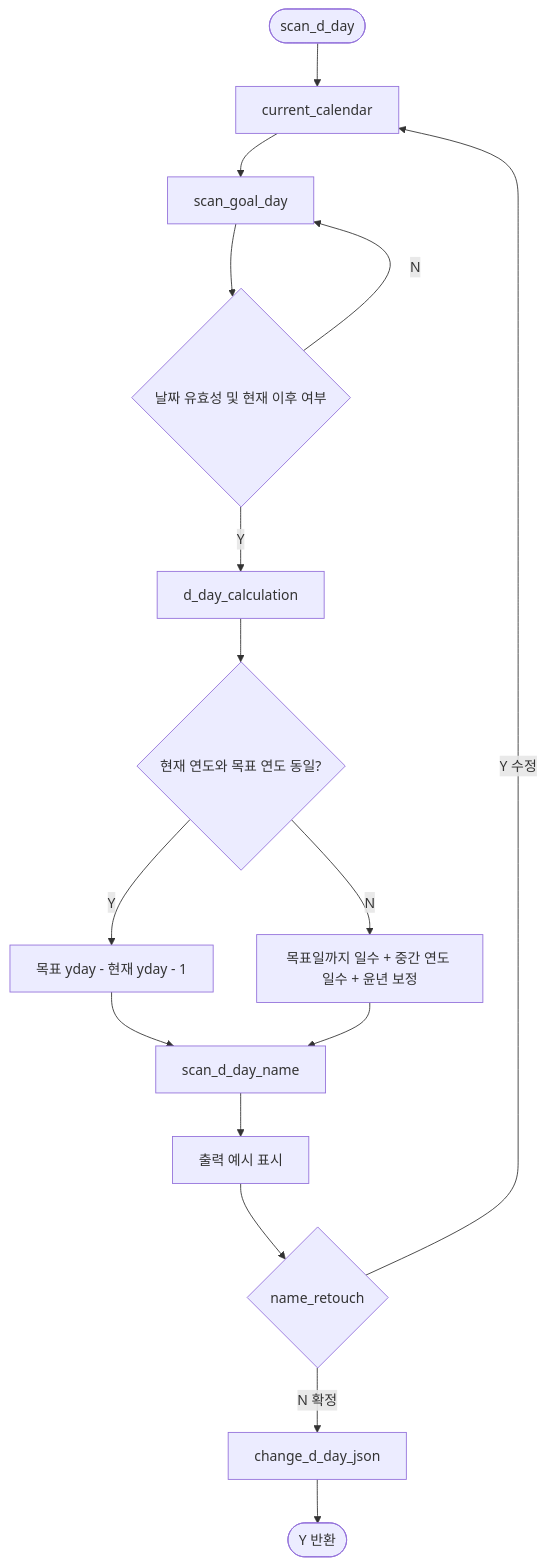
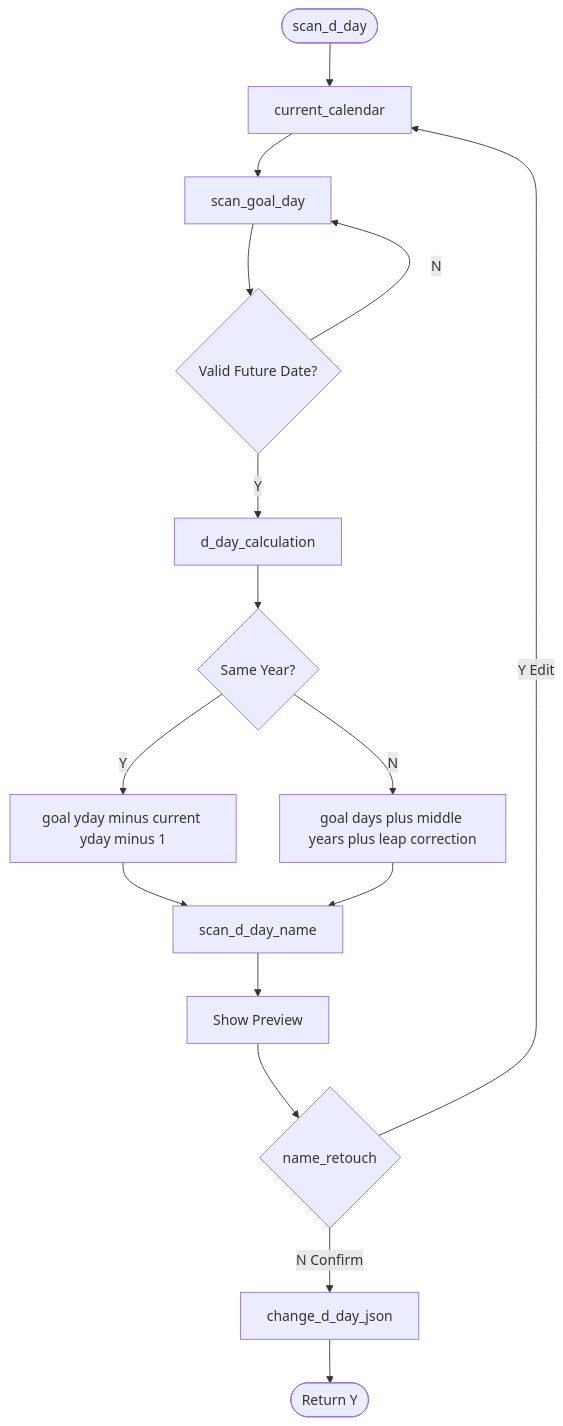
Before and after one commit to JY0102/Calendar: the sixth of 8 diagrams in architecture/dpd.md, drawn with Mermaid. The commit also changed other lines of this file and 1 other file, not shown here.

````diff
--- a/architecture/dpd.md
+++ b/architecture/dpd.md
@@ -168,32 +167,32 @@
 ```mermaid
 flowchart TB
-    Start([scan_d_day])
-    Draw[current_calendar]
-    GoalInput[scan_goal_day]
-    DateCheck{날짜 유효성 및 현재 이후 여부}
-    Calc[d_day_calculation]
-    SameYear{현재 연도와 목표 연도 동일?}
-    SameYearCalc[목표 yday - 현재 yday - 1]
-    DiffYearCalc[목표일까지 일수 + 중간 연도 일수 + 윤년 보정]
-    NameInput[scan_d_day_name]
-    Preview[출력 예시 표시]
-    Retouch{name_retouch}
-    Save[change_d_day_json]
-    End([Y 반환])
+    Start(["scan_d_day"])
+    Draw["current_calendar"]
+    GoalInput["scan_goal_day"]
+    DateCheck{"Valid Future Date?"}
+    Calc["d_day_calculation"]
+    SameYear{"Same Year?"}
+    SameYearCalc["goal yday minus current yday minus 1"]
+    DiffYearCalc["goal days plus middle years plus leap correction"]
+    NameInput["scan_d_day_name"]
+    Preview["Show Preview"]
+    Retouch{"name_retouch"}
+    Save["change_d_day_json"]
+    End(["Return Y"])
 
     Start --> Draw
     Draw --> GoalInput
     GoalInput --> DateCheck
-    DateCheck -->|N| GoalInput
-    DateCheck -->|Y| Calc
+    DateCheck -->|"N"| GoalInput
+    DateCheck -->|"Y"| Calc
     Calc --> SameYear
-    SameYear -->|Y| SameYearCalc
-    SameYear -->|N| DiffYearCalc
+    SameYear -->|"Y"| SameYearCalc
+    SameYear -->|"N"| DiffYearCalc
     SameYearCalc --> NameInput
     DiffYearCalc --> NameInput
     NameInput --> Preview
     Preview --> Retouch
-    Retouch -->|Y 수정| Draw
-    Retouch -->|N 확정| Save
+    Retouch -->|"Y Edit"| Draw
+    Retouch -->|"N Confirm"| Save
     Save --> End
 ```
````
